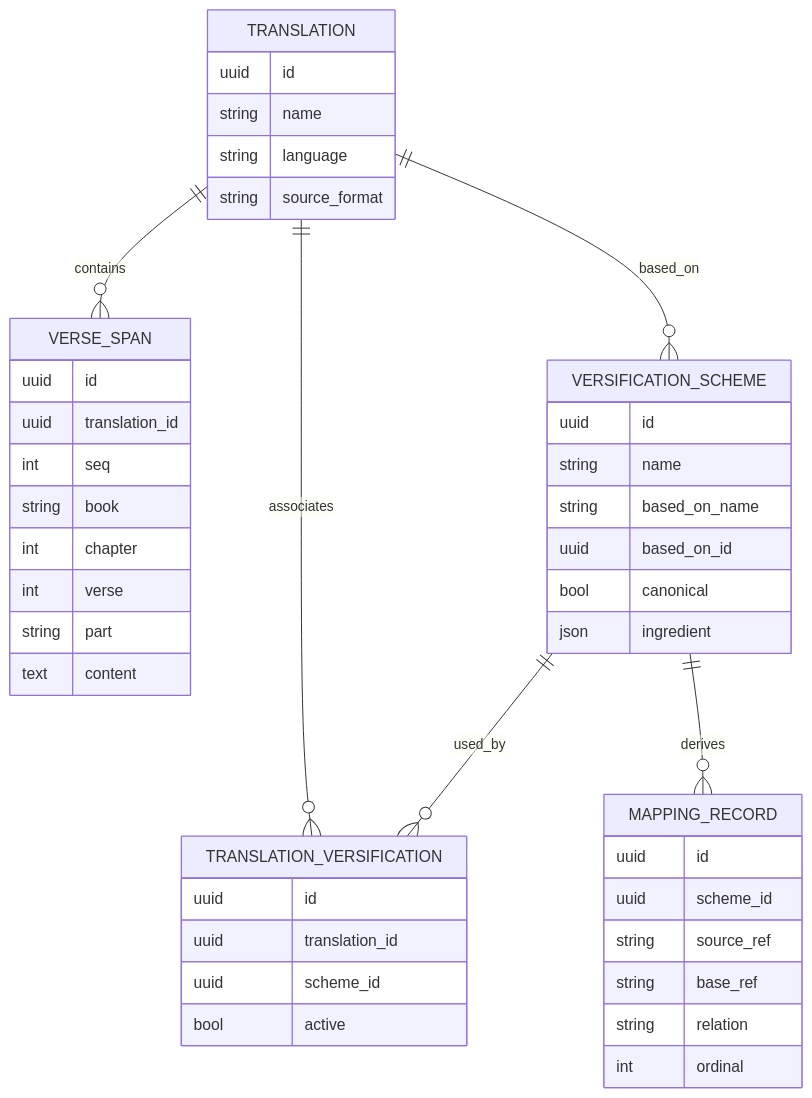
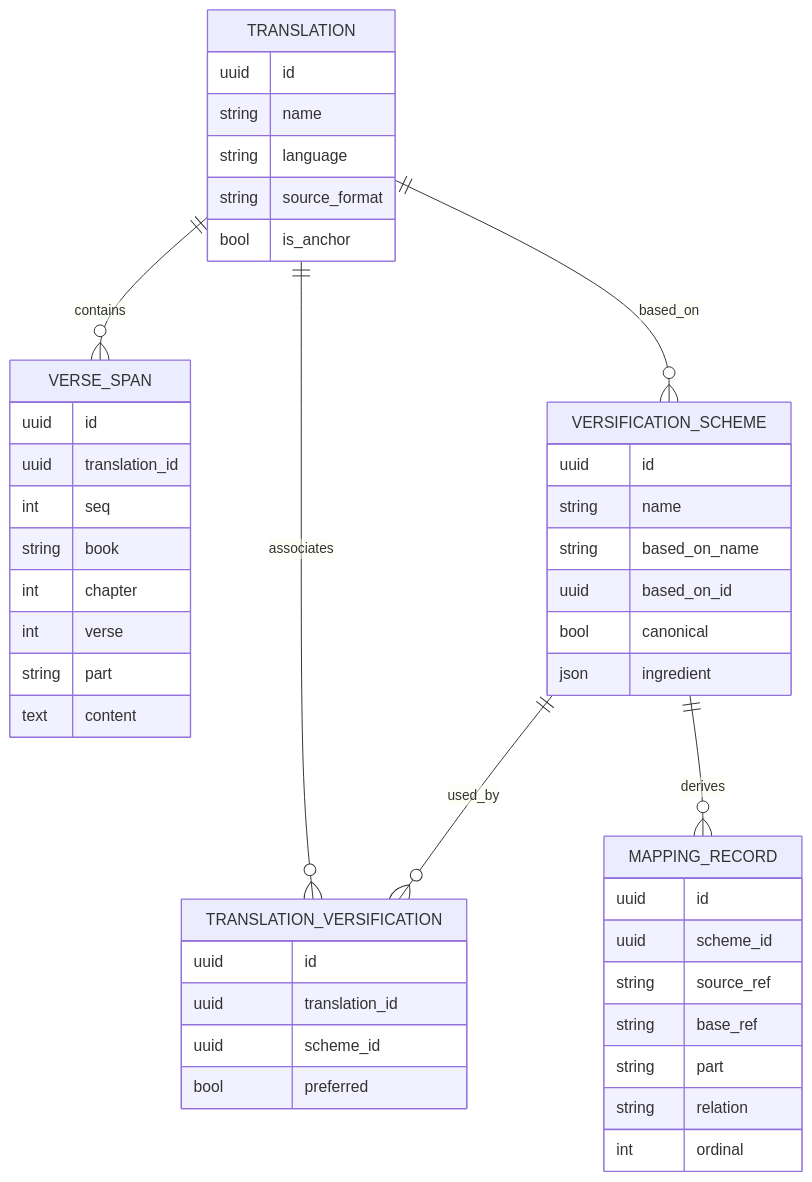
Before and after one commit to genesis-ai-dev/versification-tool: the diagram in .spec/frvt-3-resolver-requirements-1.md, drawn with Mermaid. The commit also changed other lines of this file and 37 other files, not shown here.

````diff
--- a/.spec/frvt-3-resolver-requirements-1.md
+++ b/.spec/frvt-3-resolver-requirements-1.md
@@ -119,47 +131,49 @@
 ```mermaid
 erDiagram
   TRANSLATION ||--o{ VERSE_SPAN : contains
   TRANSLATION ||--o{ TRANSLATION_VERSIFICATION : associates
   TRANSLATION ||--o{ VERSIFICATION_SCHEME : "based_on"
   VERSIFICATION_SCHEME ||--o{ TRANSLATION_VERSIFICATION : used_by
   VERSIFICATION_SCHEME ||--o{ MAPPING_RECORD : derives
 
   TRANSLATION {
     uuid id
     string name
     string language
     string source_format
+    bool is_anchor
   }
   VERSE_SPAN {
     uuid id
     uuid translation_id
     int seq
     string book
     int chapter
     int verse
     string part
     text content
   }
   VERSIFICATION_SCHEME {
     uuid id
     string name
     string based_on_name
     uuid based_on_id
     bool canonical
     json ingredient
   }
   TRANSLATION_VERSIFICATION {
     uuid id
     uuid translation_id
     uuid scheme_id
-    bool active
+    bool preferred
   }
   MAPPING_RECORD {
     uuid id
     uuid scheme_id
     string source_ref
     string base_ref
+    string part
     string relation
     int ordinal
   }
 ```
````
